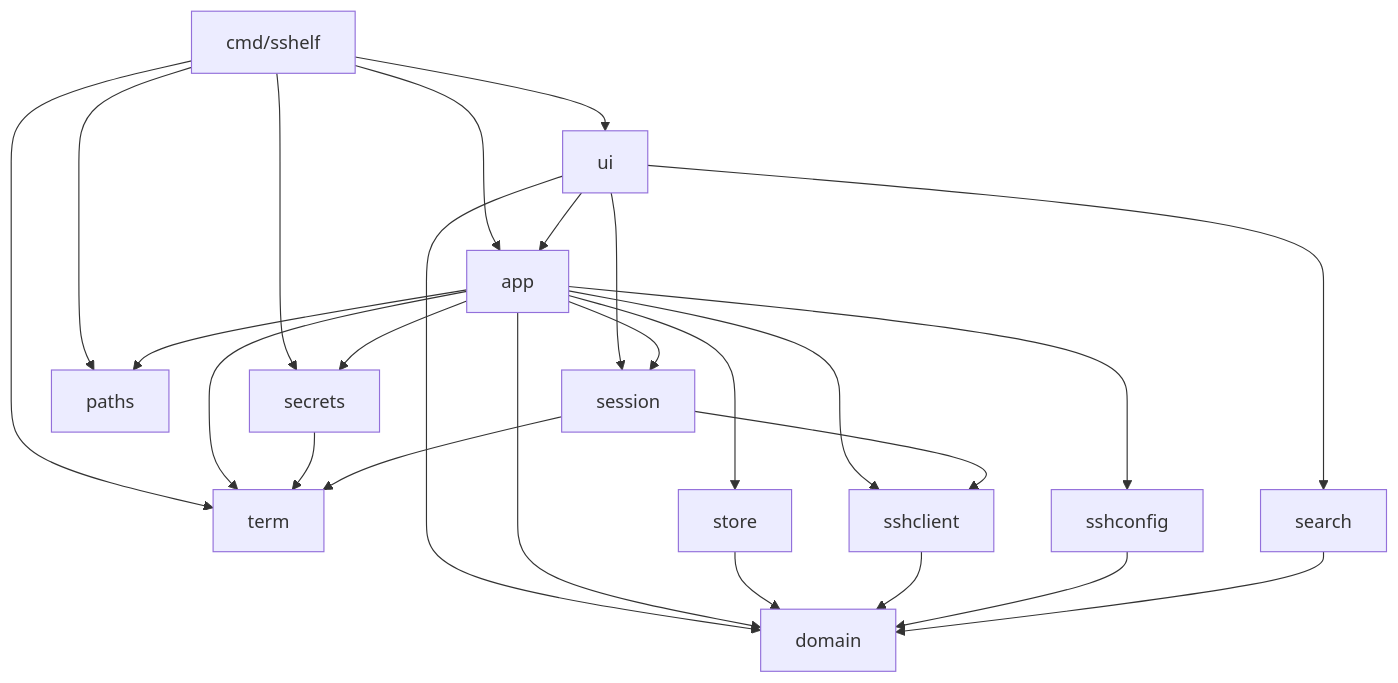
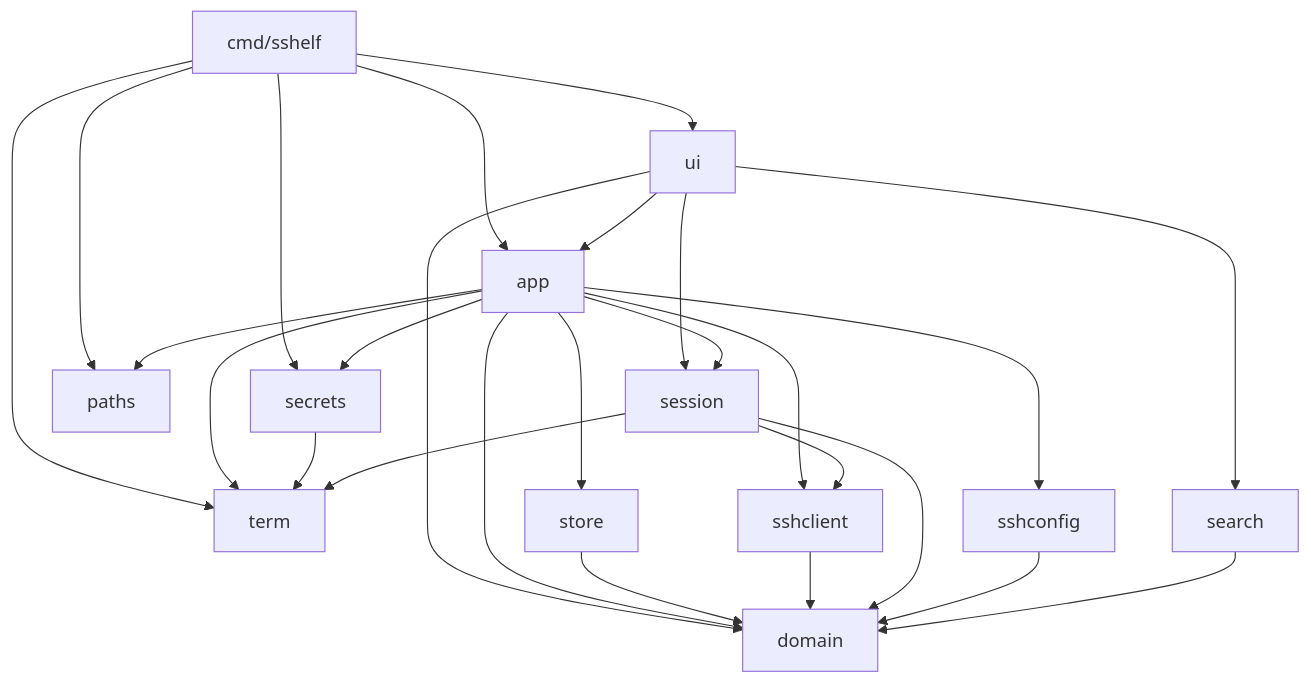
One commit to RafaelXokito/sshelf changed the first of 4 diagrams in specs/architecture/design.md. Above: the diagram before and after it, drawn with Mermaid. The commit also changed other lines of this file and 6 other files, not shown here.

````diff
--- a/specs/architecture/design.md
+++ b/specs/architecture/design.md
@@ -786,27 +786,28 @@
 ```mermaid
 flowchart TD
     main[cmd/sshelf] --> app
     main --> ui
     main --> secrets
     main --> paths
     main --> term
     ui --> app
     ui --> domain
     ui --> search
     ui --> session
     app --> store
     app --> secrets
     app --> sshclient
     app --> session
     app --> sshconfig
     app --> domain
     app --> paths
     app --> term
     store --> domain
     secrets --> term
     sshclient --> domain
     session --> sshclient
+    session --> domain
     session --> term
     sshconfig --> domain
     search --> domain
 ```
````
